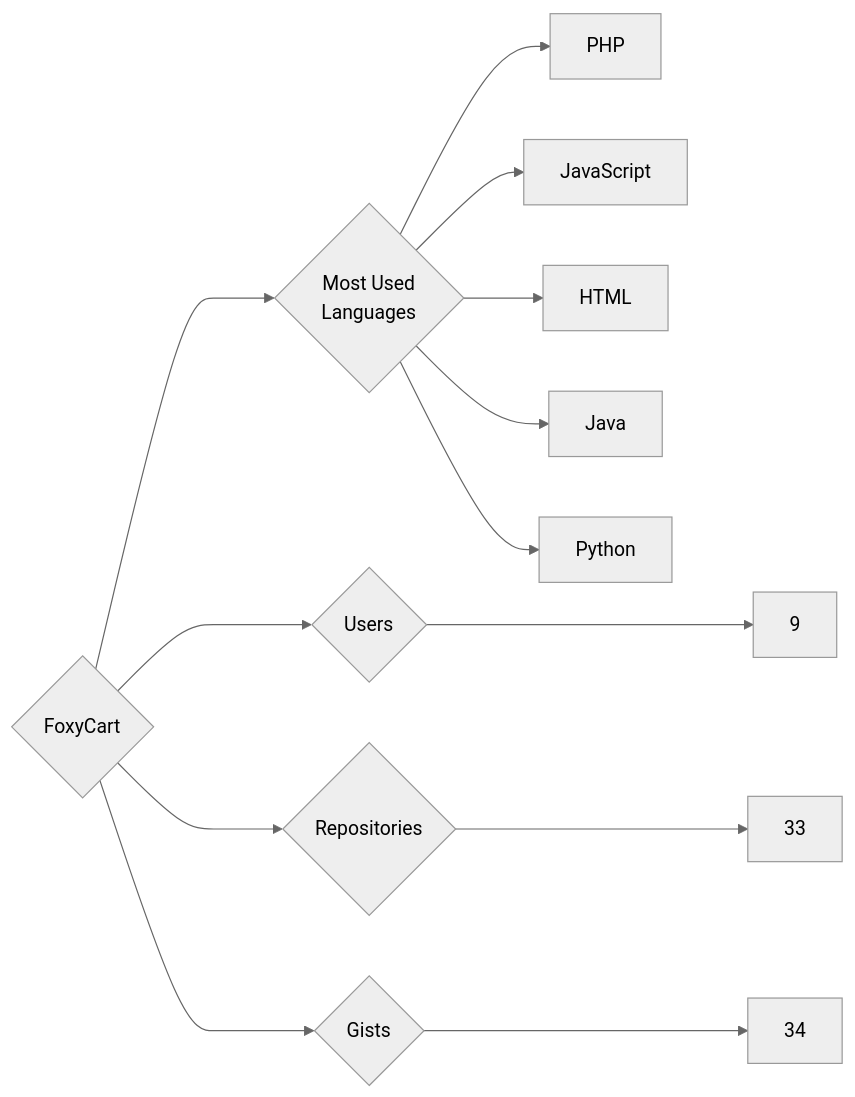
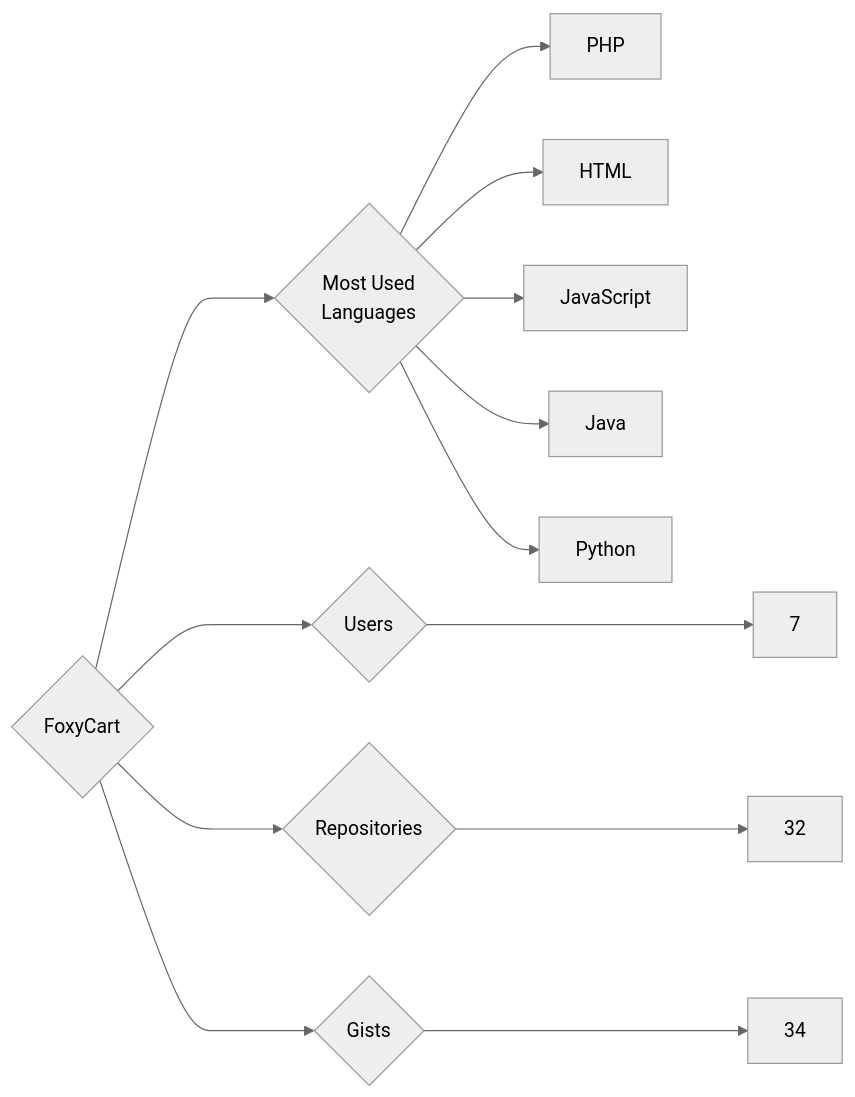
Before and after one commit to trickest/insiders: the diagram in targets/FoxyCart/README.md, drawn with Mermaid (neutral theme). The commit also changed 873 other files, not shown here.

````diff
--- a/targets/FoxyCart/README.md
+++ b/targets/FoxyCart/README.md
@@ -3,13 +3,13 @@
 ```mermaid
 graph LR
 COMPANY_NAME{FoxyCart}
-COMPANY_NAME ---> U{Users} ---> UN[9]
-COMPANY_NAME ---> R{Repositories} ---> RN[33]
+COMPANY_NAME ---> U{Users} ---> UN[7]
+COMPANY_NAME ---> R{Repositories} ---> RN[32]
 COMPANY_NAME ---> G{Gists} ---> GN[34]
 COMPANY_NAME ---> ML{Most Used<br>Languages}
 ML --> PHP[PHP]
+ML --> HTML[HTML]
 ML --> JavaScript[JavaScript]
-ML --> HTML[HTML]
 ML --> Java[Java]
 ML --> Python[Python]
 ```
````
